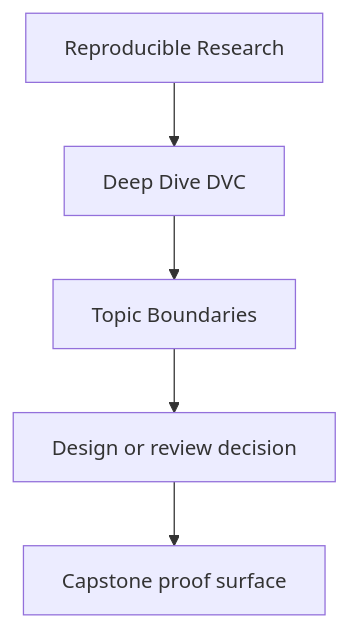
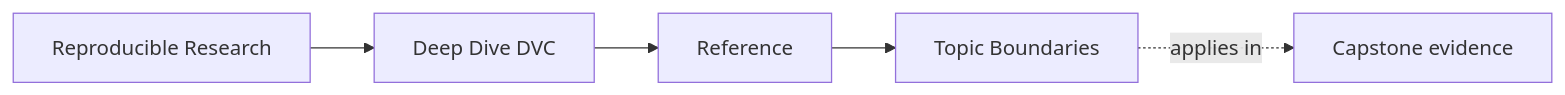
One commit to bijux/bijux-masterclass changed the first of 2 diagrams in programs/reproducible-research/deep-dive-dvc/course-book/reference/topic-boundaries.md. Above: the diagram before and after it, drawn with Mermaid. The commit also changed other lines of this file and 90 other files, not shown here.

Commit message:
docs(deep-dive-dvc): map publication and recovery review surfaces

````diff
--- a/programs/reproducible-research/deep-dive-dvc/course-book/reference/topic-boundaries.md
+++ b/programs/reproducible-research/deep-dive-dvc/course-book/reference/topic-boundaries.md
@@ -7,7 +7,11 @@
 ```mermaid
-flowchart TD
-  family["Reproducible Research"] --> program["Deep Dive DVC"]
-  program --> reference["Topic Boundaries"]
-  reference --> review["Design or review decision"]
-  review --> capstone["Capstone proof surface"]
+graph LR
+  family["Reproducible Research"]
+  program["Deep Dive DVC"]
+  section["Reference"]
+  page["Topic Boundaries"]
+  capstone["Capstone evidence"]
+
+  family --> program --> section --> page
+  page -.applies in.-> capstone
 ```
````
